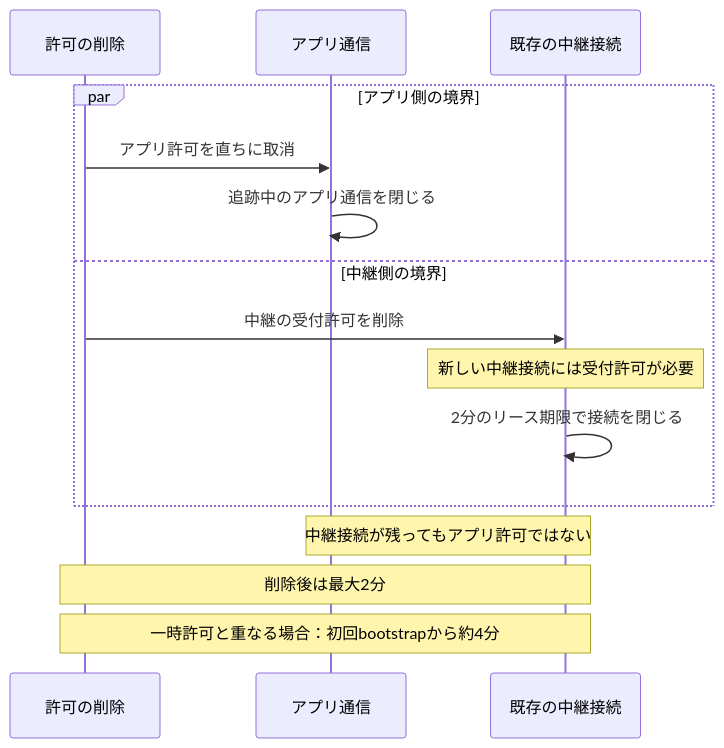
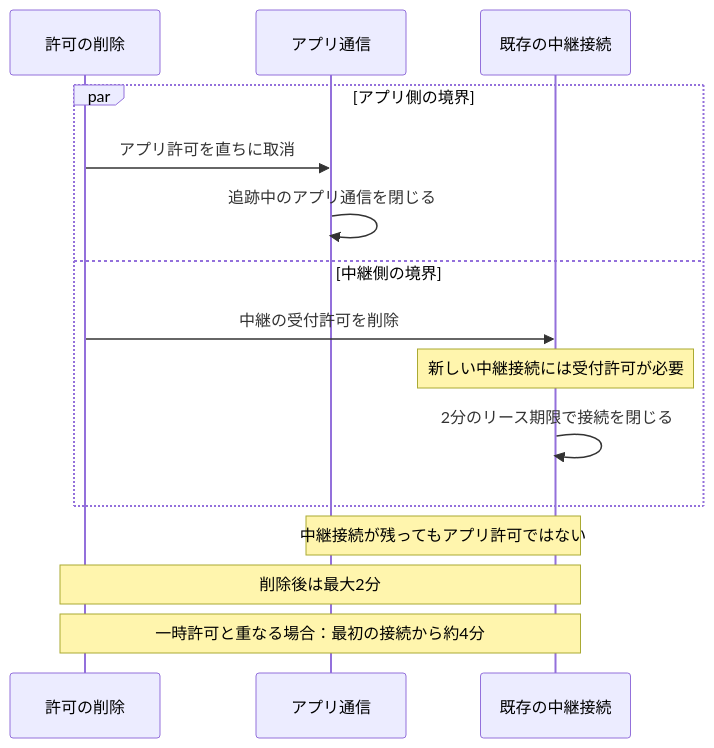
Before and after one commit to webkaz-labs/sobalink: the second of 2 diagrams in docs/LAN.ja.md, drawn with Mermaid. The commit also changed other lines of this file and 111 other files, not shown here.

````diff
--- a/docs/LAN.ja.md
+++ b/docs/LAN.ja.md
@@ -242,17 +242,17 @@
 ```mermaid
 sequenceDiagram
  participant C as 許可の削除
  participant A as アプリ通信
  participant R as 既存の中継接続
  par アプリ側の境界
  C->>A: アプリ許可を直ちに取消
  A->>A: 追跡中のアプリ通信を閉じる
  and 中継側の境界
  C->>R: 中継の受付許可を削除
  Note over R: 新しい中継接続には受付許可が必要
  R->>R: 2分のリース期限で接続を閉じる
  end
  Note over A,R: 中継接続が残ってもアプリ許可ではない
  Note over C,R: 削除後は最大2分
- Note over C,R: 一時許可と重なる場合：初回bootstrapから約4分
+ Note over C,R: 一時許可と重なる場合：最初の接続から約4分
 ```
````
